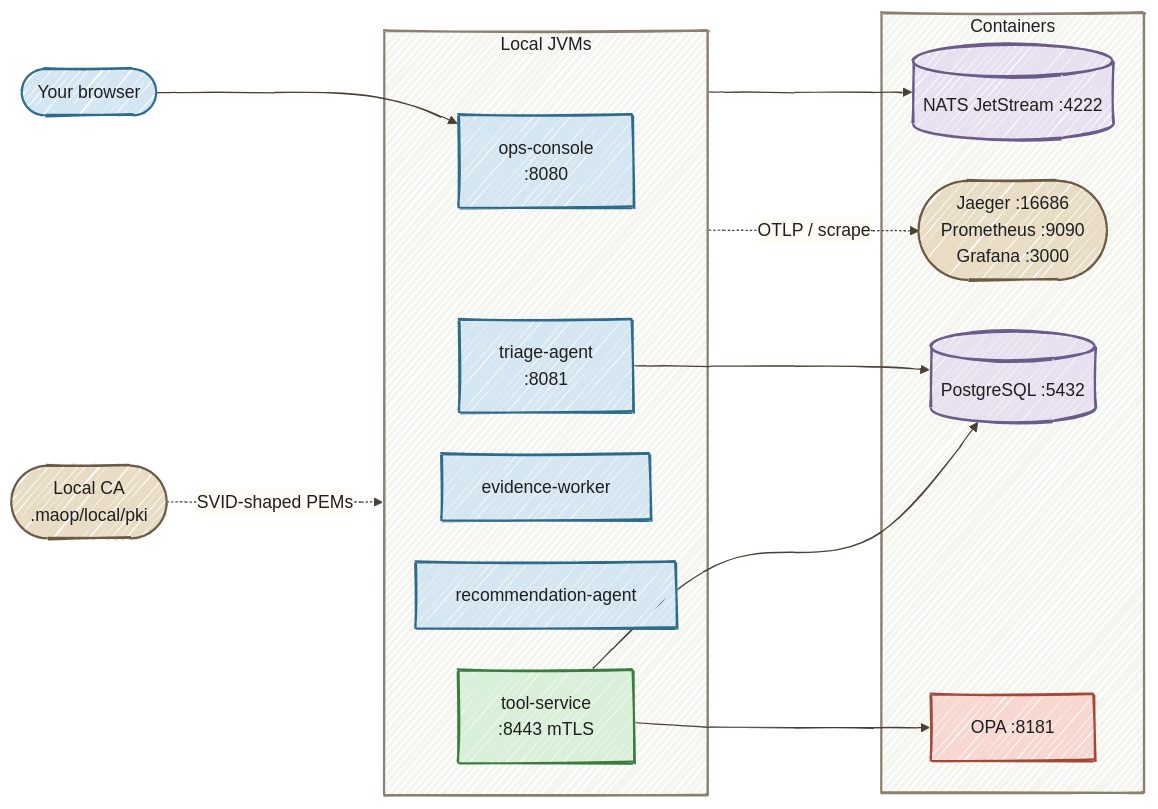
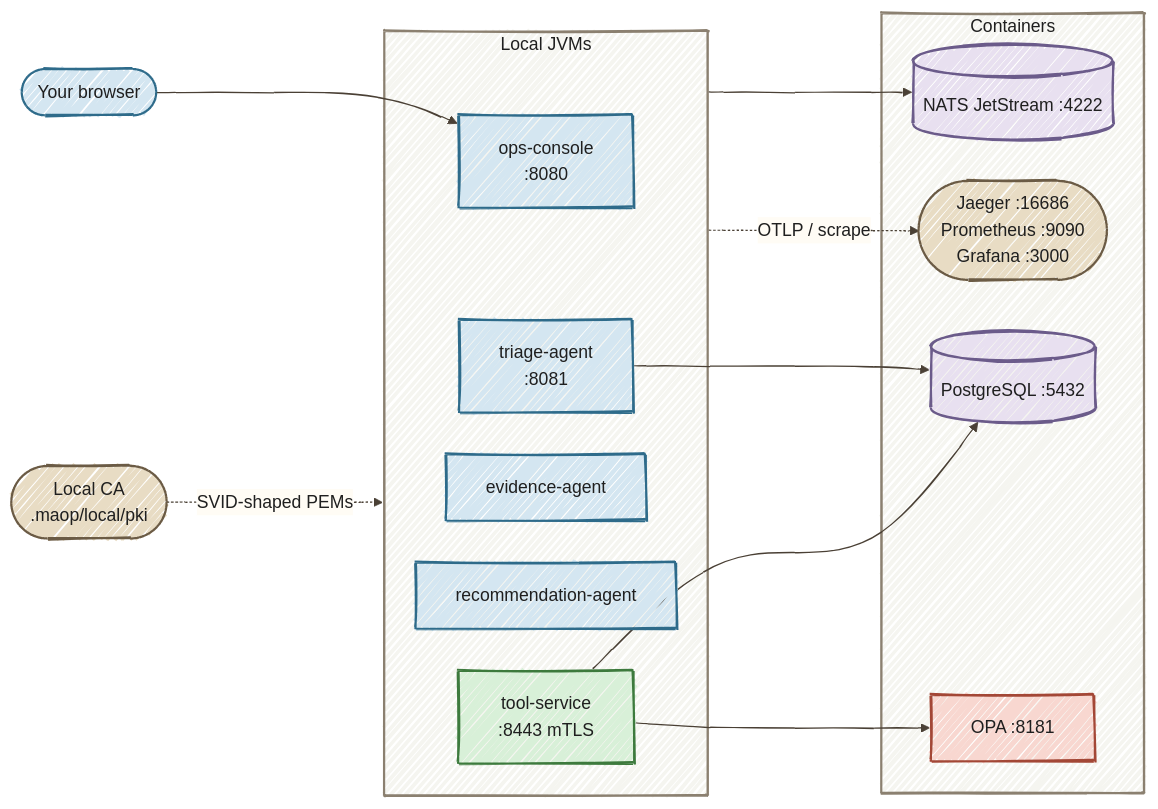
Before and after one commit to danieloh30/many-agents-one-platform: the diagram in docs/tutorials/01-run-it-locally.md, drawn with Mermaid. The commit also changed 81 other files, not shown here.

First line of the commit message:
Rename evidence-worker to evidence-agent

````diff
--- a/docs/tutorials/01-run-it-locally.md
+++ b/docs/tutorials/01-run-it-locally.md
@@ -17,38 +17,38 @@
 ```mermaid
 %%{init: {"look":"handDrawn","theme":"base","themeVariables":{"darkMode":false,"background":"#FFFCF5","primaryColor":"#D4E6F1","primaryBorderColor":"#2E6B8A","primaryTextColor":"#1F1F1F","secondaryColor":"#D8F0D8","secondaryTextColor":"#1F1F1F","tertiaryColor":"#E8DCC4","tertiaryTextColor":"#1F1F1F","textColor":"#1F1F1F","lineColor":"#4A4035","edgeLabelBackground":"#FFFCF5","clusterBkg":"#F5F5F0","clusterBorder":"#6B5B45","fontSize":"16px"},"flowchart":{"nodeSpacing":35,"rankSpacing":55,"padding":18,"curve":"basis"}}}%%
 flowchart LR
     subgraph JVMS[Local JVMs]
         CONSOLE[ops-console<br/>:8080]
         TRIAGE[triage-agent<br/>:8081]
-        EVIDENCE[evidence-worker]
+        EVIDENCE[evidence-agent]
         RECO[recommendation-agent]
         TOOLS[tool-service<br/>:8443 mTLS]
     end
     subgraph CONTAINERS[Containers]
         PG[(PostgreSQL :5432)]
         NATS[(NATS JetStream :4222)]
         OPA[OPA :8181]
         OBS([Jaeger :16686<br/>Prometheus :9090<br/>Grafana :3000])
     end
     PKI([Local CA<br/>.maop/local/pki]) -.->|SVID-shaped PEMs| JVMS
     BROWSER([Your browser]) --> CONSOLE
     JVMS --> NATS
     TRIAGE --> PG
     TOOLS --> PG
     TOOLS --> OPA
     JVMS -.->|OTLP / scrape| OBS
 
     style JVMS fill:#F5F5F0,stroke:#8B8070,color:#1F1F1F,stroke-width:2px
     style CONTAINERS fill:#F5F5F0,stroke:#8B8070,color:#1F1F1F,stroke-width:2px
     style CONSOLE fill:#D4E6F1,stroke:#2E6B8A,color:#1F1F1F,stroke-width:2px
     style TRIAGE fill:#D4E6F1,stroke:#2E6B8A,color:#1F1F1F,stroke-width:2px
     style EVIDENCE fill:#D4E6F1,stroke:#2E6B8A,color:#1F1F1F,stroke-width:2px
     style RECO fill:#D4E6F1,stroke:#2E6B8A,color:#1F1F1F,stroke-width:2px
     style TOOLS fill:#D8F0D8,stroke:#3D7A3D,color:#1F1F1F,stroke-width:2px
     style PG fill:#E8E0F0,stroke:#6B5B8A,color:#1F1F1F,stroke-width:2px
     style NATS fill:#E8E0F0,stroke:#6B5B8A,color:#1F1F1F,stroke-width:2px
     style OPA fill:#F8D7D0,stroke:#A34736,color:#1F1F1F,stroke-width:2px
     style OBS fill:#E8DCC4,stroke:#6B5B45,color:#1F1F1F,stroke-width:2px
     style PKI fill:#E8DCC4,stroke:#6B5B45,color:#1F1F1F,stroke-width:2px
     style BROWSER fill:#D4E6F1,stroke:#2E6B8A,color:#1F1F1F,stroke-width:2px
 ```
````
